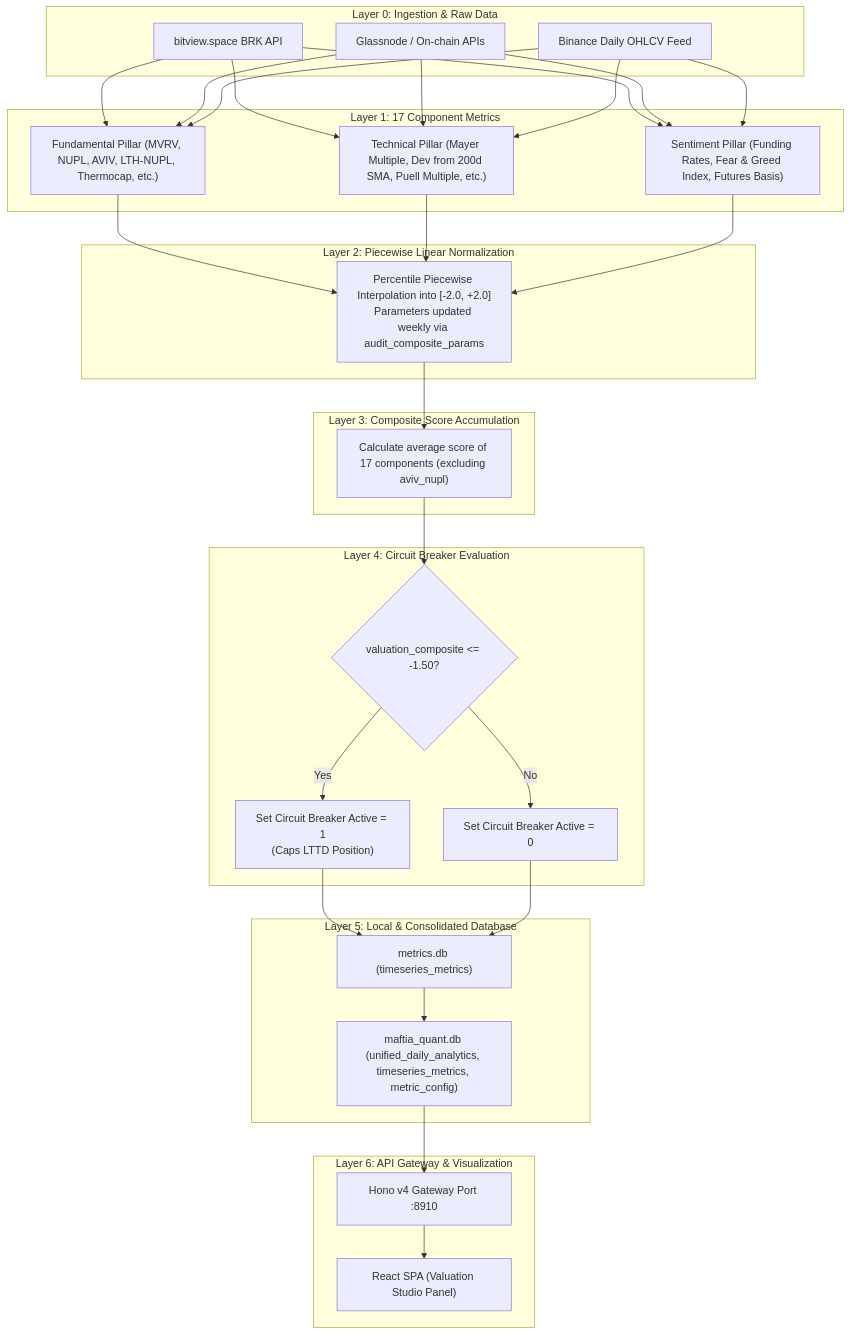
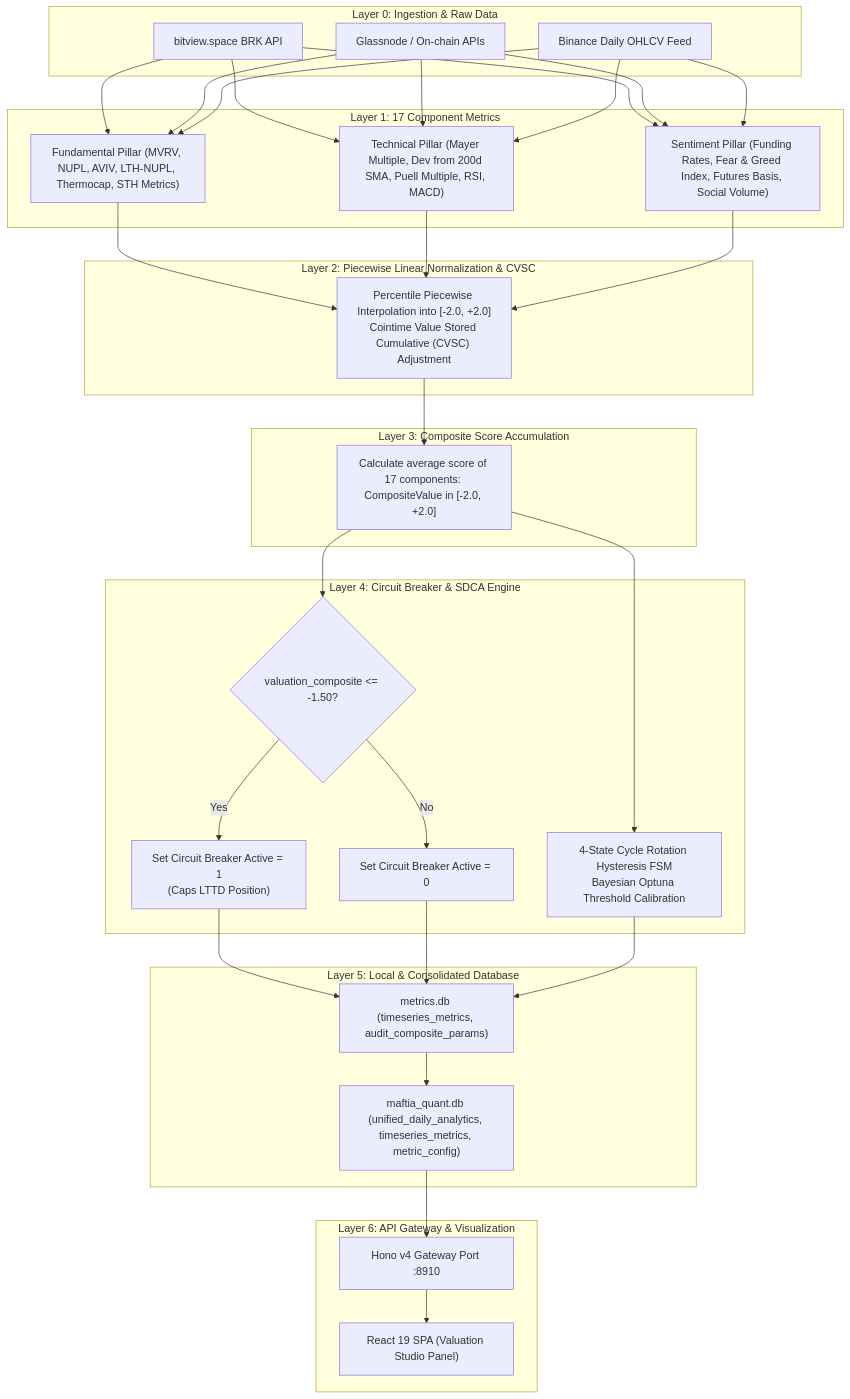
The diagram in docs/architecture/01_valuation_system.md (lutfi-zain/quant.maftia.tech), drawn with Mermaid before and after one commit. The commit also changed other lines of this file and 14 other files, not shown here.

Commit message:
docs: consolidate architecture documentation into canonical docs/architecture/ structure and remove obsolete files

````diff
--- a/docs/architecture/01_valuation_system.md
+++ b/docs/architecture/01_valuation_system.md
@@ -24,45 +26,47 @@
 ```mermaid
 graph TD
     subgraph Layer0 [Layer 0: Ingestion & Raw Data]
         D_Bitview["bitview.space BRK API"]
         D_Glassnode["Glassnode / On-chain APIs"]
         D_OHLCV["Binance Daily OHLCV Feed"]
     end
 
     subgraph Layer1 [Layer 1: 17 Component Metrics]
-        P1["Fundamental Pillar (MVRV, NUPL, AVIV, LTH-NUPL, Thermocap, etc.)"]
-        P2["Technical Pillar (Mayer Multiple, Dev from 200d SMA, Puell Multiple, etc.)"]
-        P3["Sentiment Pillar (Funding Rates, Fear & Greed Index, Futures Basis)"]
+        P1["Fundamental Pillar (MVRV, NUPL, AVIV, LTH-NUPL, Thermocap, STH Metrics)"]
+        P2["Technical Pillar (Mayer Multiple, Dev from 200d SMA, Puell Multiple, RSI, MACD)"]
+        P3["Sentiment Pillar (Funding Rates, Fear & Greed Index, Futures Basis, Social Volume)"]
         D_Bitview & D_Glassnode & D_OHLCV --> P1 & P2 & P3
     end
 
-    subgraph Layer2 [Layer 2: Piecewise Linear Normalization]
-        Norm["Percentile Piecewise Interpolation into [-2.0, +2.0]<br/>Parameters updated weekly via audit_composite_params"]
+    subgraph Layer2 [Layer 2: Piecewise Linear Normalization & CVSC]
+        Norm["Percentile Piecewise Interpolation into [-2.0, +2.0]<br/>Cointime Value Stored Cumulative (CVSC) Adjustment"]
         P1 & P2 & P3 --> Norm
     end
 
     subgraph Layer3 [Layer 3: Composite Score Accumulation]
-        Composite["Calculate average score of 17 components (excluding aviv_nupl)"]
+        Composite["Calculate average score of 17 components: CompositeValue in [-2.0, +2.0]"]
         Norm --> Composite
     end
 
-    subgraph Layer4 [Layer 4: Circuit Breaker Evaluation]
+    subgraph Layer4 [Layer 4: Circuit Breaker & SDCA Engine]
         CB{"valuation_composite <= -1.50?"}
+        SDCA["4-State Cycle Rotation Hysteresis FSM<br/>Bayesian Optuna Threshold Calibration"]
         Composite --> CB
+        Composite --> SDCA
         CB -->|Yes| CB_Active["Set Circuit Breaker Active = 1<br/>(Caps LTTD Position)"]
         CB -->|No| CB_Inactive["Set Circuit Breaker Active = 0"]
     end
 
     subgraph Layer5 [Layer 5: Local & Consolidated Database]
-        DB_Val["metrics.db (timeseries_metrics)"]
+        DB_Val["metrics.db (timeseries_metrics, audit_composite_params)"]
         DB_Master["maftia_quant.db (unified_daily_analytics, timeseries_metrics, metric_config)"]
-        CB_Active & CB_Inactive --> DB_Val
+        CB_Active & CB_Inactive & SDCA --> DB_Val
         DB_Val --> DB_Master
     end
 
     subgraph Layer6 [Layer 6: API Gateway & Visualization]
         API["Hono v4 Gateway Port :8910"]
-        UI["React SPA (Valuation Studio Panel)"]
+        UI["React 19 SPA (Valuation Studio Panel)"]
         DB_Master --> API --> UI
     end
 ```
````
